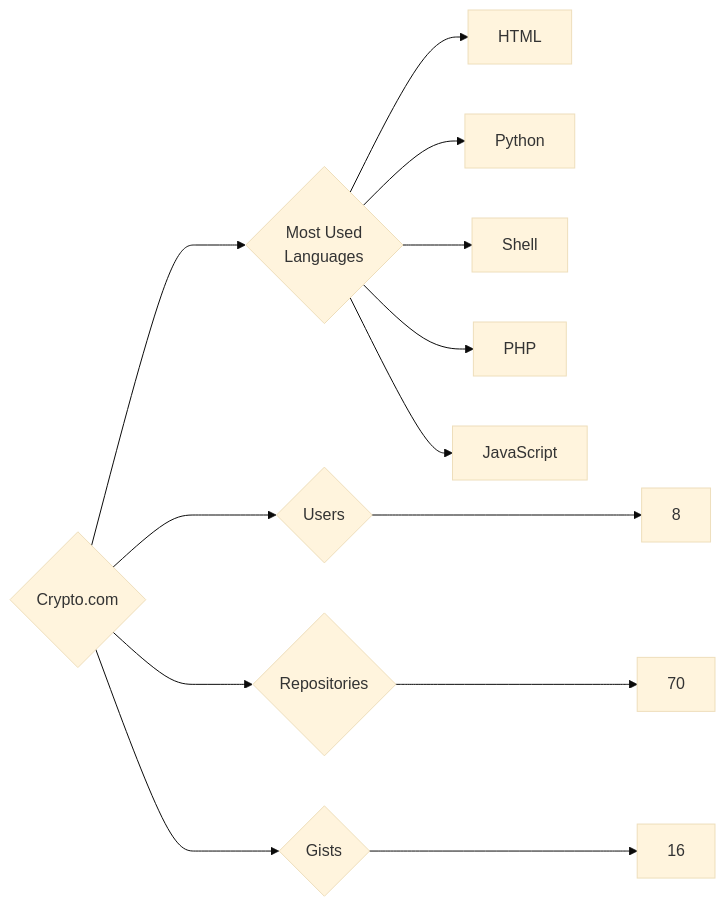
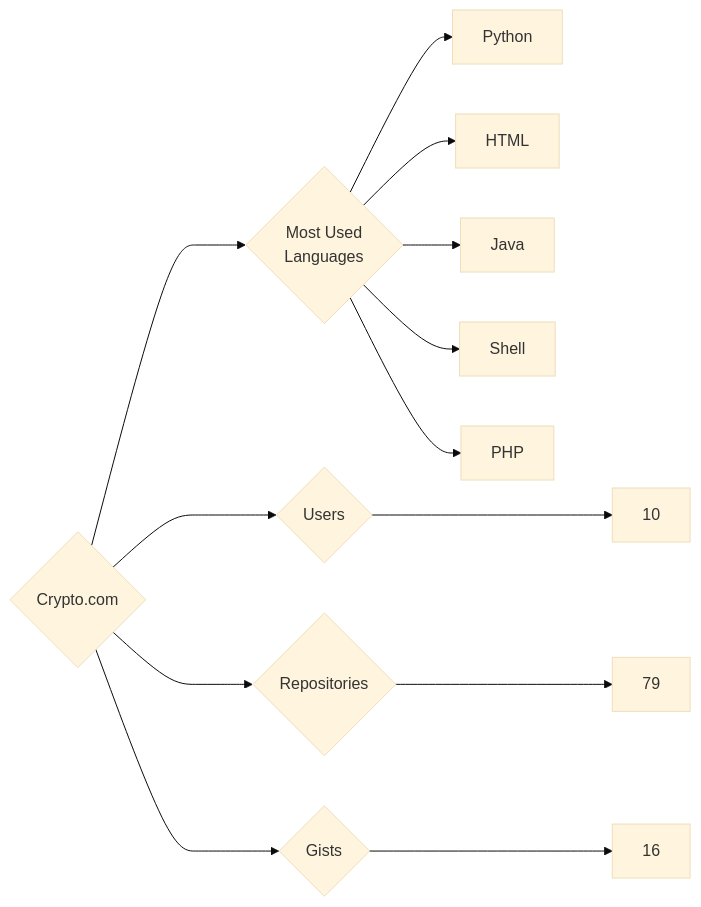
The diagram in targets/Crypto.com/README.md (trickest/insiders), drawn with Mermaid (base theme) before and after one commit. The commit also changed 1055 other files, not shown here.

````diff
--- a/targets/Crypto.com/README.md
+++ b/targets/Crypto.com/README.md
@@ -3,13 +3,13 @@
 ```mermaid
 graph LR
 COMPANY_NAME{Crypto.com}
-COMPANY_NAME ---> U{Users} ---> UN[8]
-COMPANY_NAME ---> R{Repositories} ---> RN[70]
+COMPANY_NAME ---> U{Users} ---> UN[10]
+COMPANY_NAME ---> R{Repositories} ---> RN[79]
 COMPANY_NAME ---> G{Gists} ---> GN[16]
 COMPANY_NAME ---> ML{Most Used<br>Languages}
+ML --> Python[Python]
 ML --> HTML[HTML]
-ML --> Python[Python]
+ML --> Java[Java]
 ML --> Shell[Shell]
 ML --> PHP[PHP]
-ML --> JavaScript[JavaScript]
 ```
````
